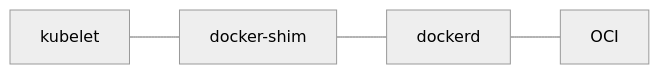
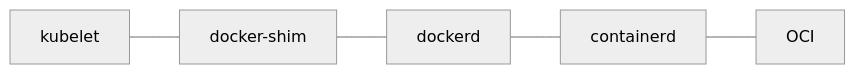
Before and after one commit to will-mei/sreplus.net: the second of 5 diagrams in content/04_Kubernetes/01_get_start/01_intro_articles.md, drawn with Mermaid (neutral theme). The commit also changed other lines of this file, not shown here.

Commit message:
correct docker-shim intro

````diff
--- a/content/04_Kubernetes/01_get_start/01_intro_articles.md
+++ b/content/04_Kubernetes/01_get_start/01_intro_articles.md
@@ -76,4 +76,4 @@
 ```mermaid
 graph LR
-kubelet --- docker-shim --- dockerd --- OCI
+kubelet --- docker-shim --- dockerd --- containerd --- OCI
 ```
````
